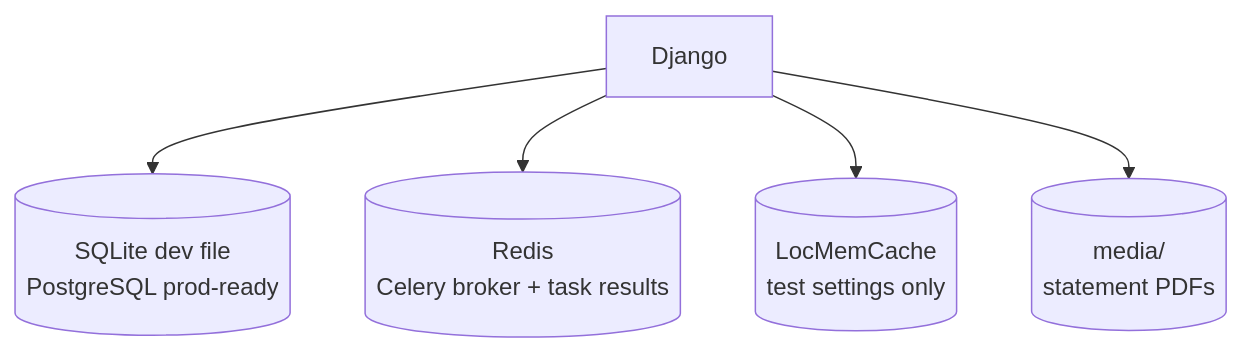
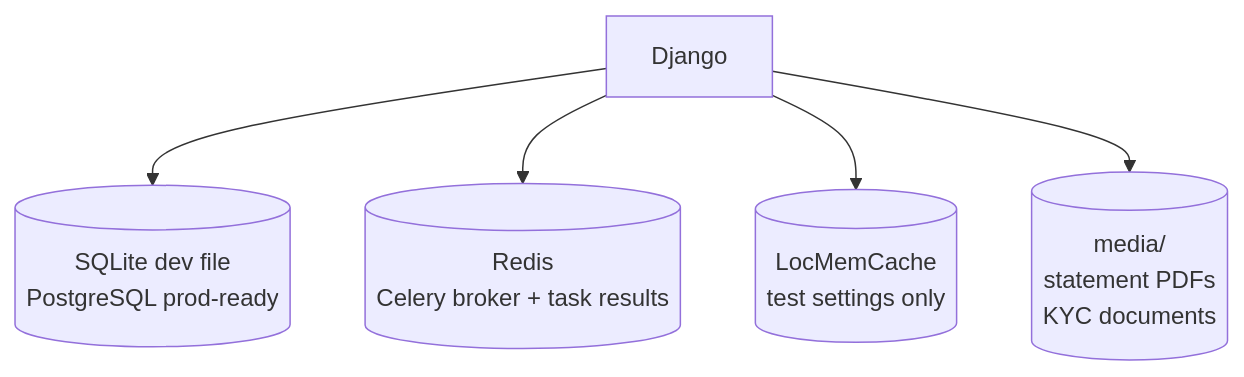
The sixth of 6 diagrams in docs/ARCHITECTURE.md (AhmadMWaddah/DigitalWallet), drawn with Mermaid before and after one commit. The commit also changed other lines of this file and 7 other files, not shown here.

````diff
--- a/docs/ARCHITECTURE.md
+++ b/docs/ARCHITECTURE.md
@@ -102,7 +106,7 @@
 ```mermaid
 flowchart TD
     App["Django"] --> SQL[("SQLite dev file<br/>PostgreSQL prod-ready")]
     App --> Red[("Redis<br/>Celery broker + task results")]
     App --> LocMem[("LocMemCache<br/>test settings only")]
-    App --> FS[("media/<br/>statement PDFs")]
+    App --> FS[("media/<br/>statement PDFs<br/>KYC documents")]
 ```
````
